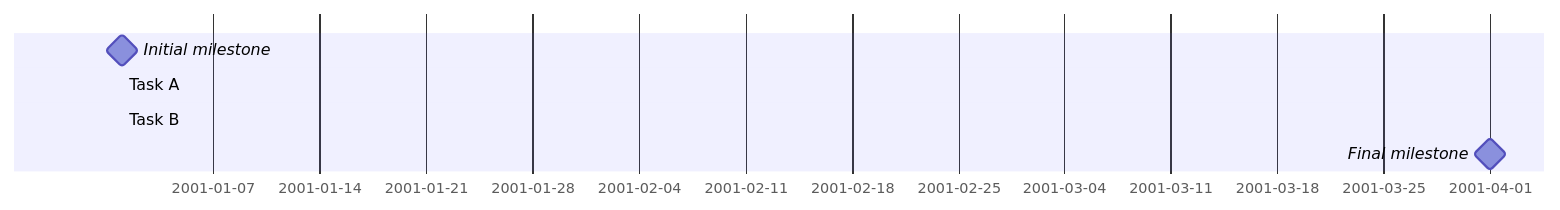
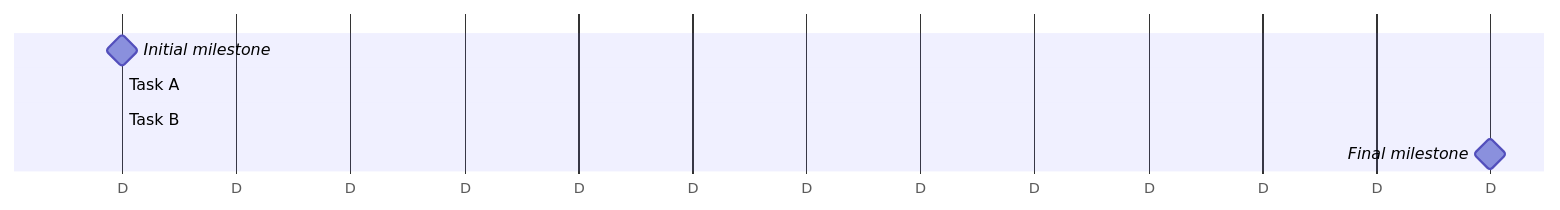
The second of 2 diagrams in sprint.md (Iagocds/Projeto-Integrado), drawn with Mermaid before and after one commit.

````diff
--- a/sprint.md
+++ b/sprint.md
@@ -24,7 +24,9 @@
 ```mermaid
 gantt
+    dateFormat D
+    axisFormat %D
     Initial milestone : milestone, m1, 1, 2D
-    Task A : 10m
-    Task B : 5m
+    Task A : 1D
+    Task B : 1D
     Final milestone : milestone, m2, 4, 4D
 ```
````
